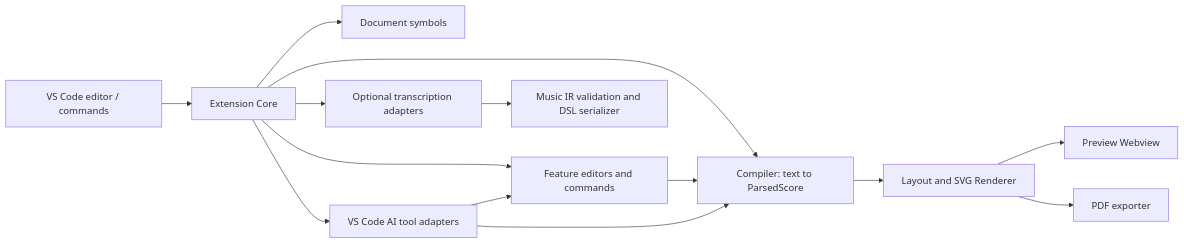
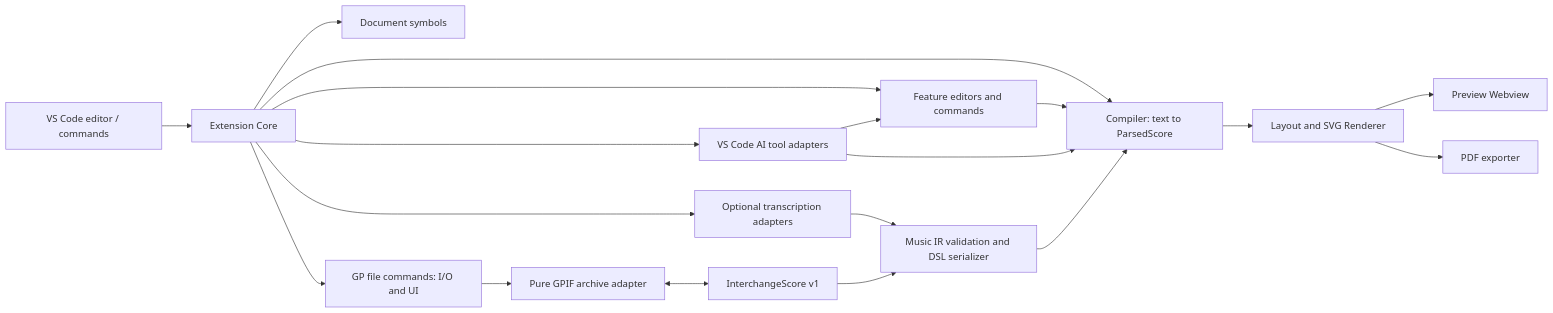
The diagram in docs/design/architecture.md (puchinya/vscode-guitar-dsl), drawn with Mermaid before and after one commit. The commit also changed other lines of this file and 47 other files, not shown here.

````diff
--- a/docs/design/architecture.md
+++ b/docs/design/architecture.md
@@ -30,16 +31,21 @@
 ```mermaid
 flowchart LR
     Editor["VS Code editor / commands"] --> Core["Extension Core"]
     Core --> Compiler["Compiler: text to ParsedScore"]
     Compiler --> Render["Layout and SVG Renderer"]
     Render --> Webview["Preview Webview"]
     Render --> Pdf["PDF exporter"]
     Core --> Symbols["Document symbols"]
     Core --> Editors["Feature editors and commands"]
     Core --> Audio["Optional transcription adapters"]
     Core --> AI["VS Code AI tool adapters"]
+    Core --> GPCommands["GP file commands: I/O and UI"]
     Editors --> Compiler
     Audio --> Serializer["Music IR validation and DSL serializer"]
     AI --> Compiler
     AI --> Editors
+    GPCommands --> GPAdapter["Pure GPIF archive adapter"]
+    GPAdapter <--> Interchange["InterchangeScore v1"]
+    Interchange --> Serializer
+    Serializer --> Compiler
 ```
````
